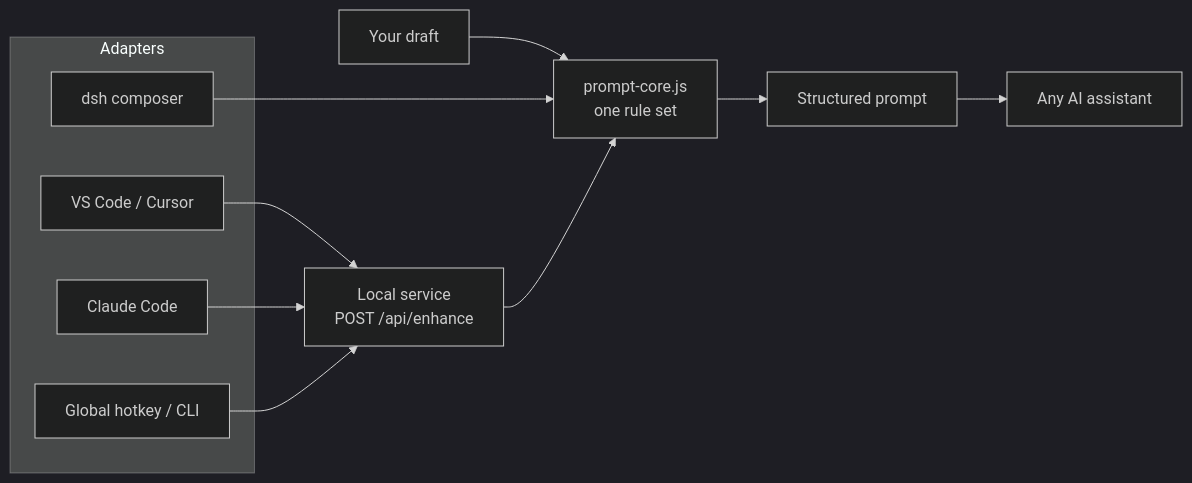
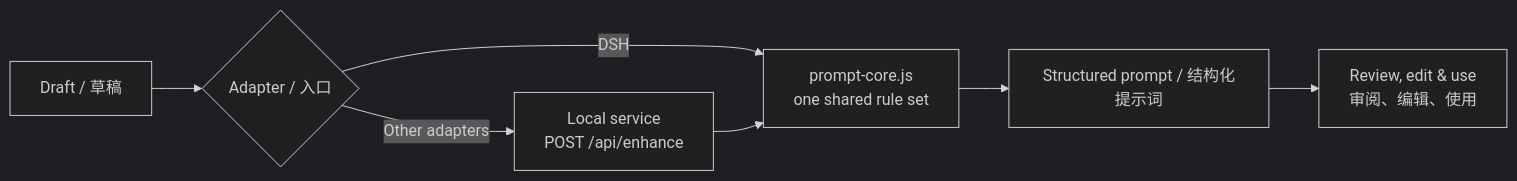
One commit to Erfan817/dsh-prompt-enhancer-plus changed the diagram in README.md. Above: the diagram before and after it, drawn with Mermaid (dark theme). The commit also changed other lines of this file and 4 other files, not shown here.

````diff
--- a/README.md
+++ b/README.md
@@ -139,19 +186,9 @@
 ```mermaid
 flowchart LR
-    D[Your draft] --> C[prompt-core.js<br/>one rule set]
-    C --> S[Structured prompt]
-    S --> A[Any AI assistant]
-
-    subgraph Adapters
-      D1[dsh composer]
-      D2[VS Code / Cursor]
-      D3[Claude Code]
-      D4[Global hotkey / CLI]
-    end
-
-    D1 --> C
-    D2 --> L[Local service<br/>POST /api/enhance]
-    D3 --> L
-    D4 --> L
+    D[Draft / 草稿] --> A{Adapter / 入口}
+    A -->|DSH| C[prompt-core.js<br/>one shared rule set]
+    A -->|Other adapters| L[Local service<br/>POST /api/enhance]
     L --> C
+    C --> R[Structured prompt / 结构化提示词]
+    R --> U[Review, edit & use<br/>审阅、编辑、使用]
 ```
````
